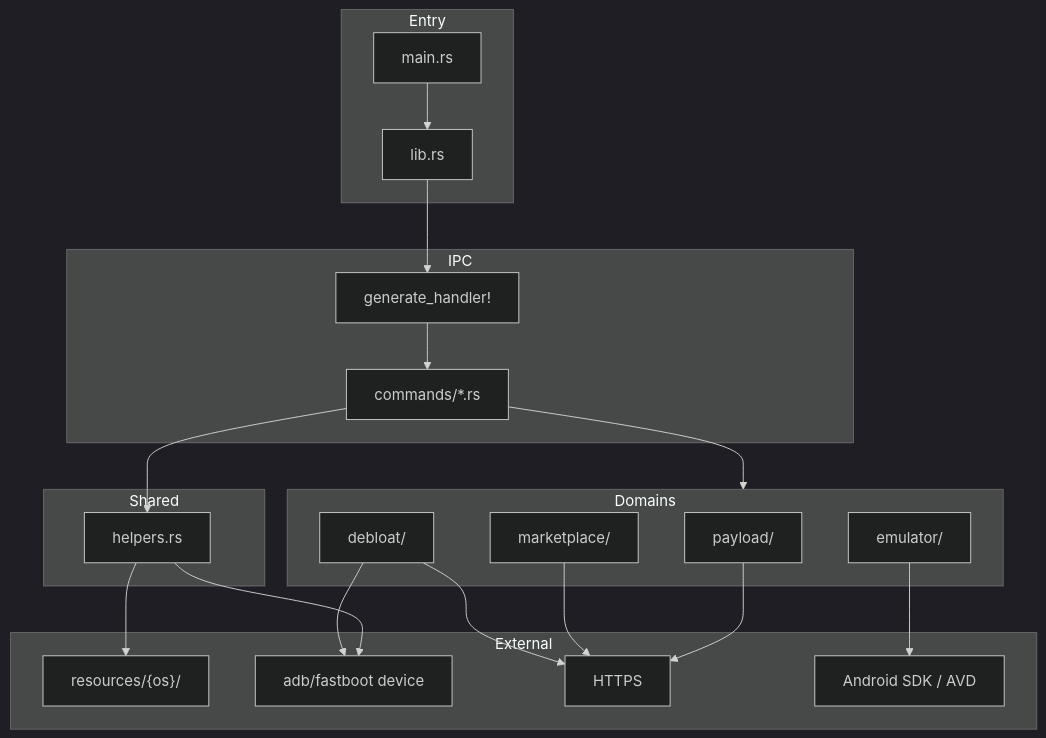
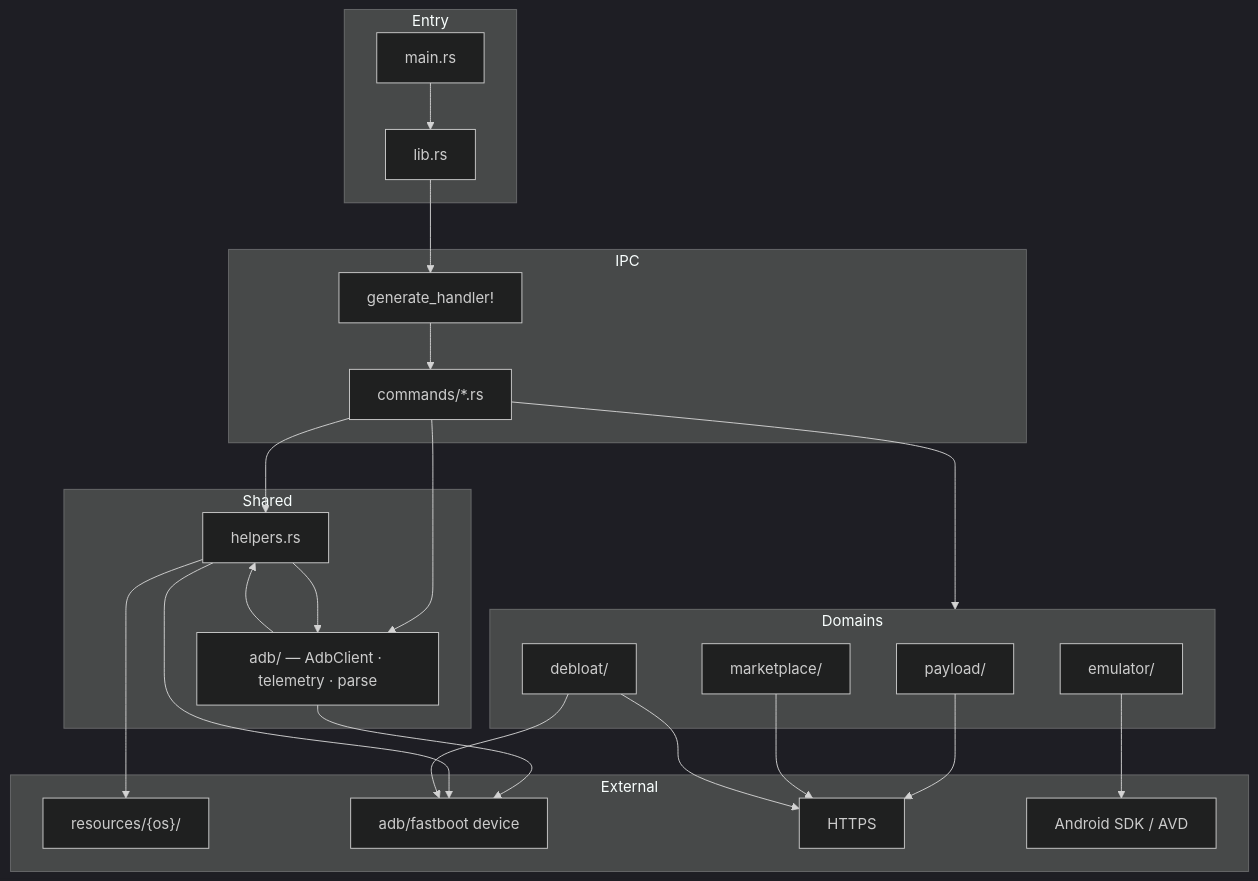
One commit to mohdakil2426/adb-gui-next changed the fifth of 8 diagrams in docs/architecture.md. Above: the diagram before and after it, drawn with Mermaid (dark theme). The commit also changed other lines of this file and 12 other files, not shown here.

First line of the commit message:
docs: record the v2 architecture, adaptivity model and dependency constraints

````diff
--- a/docs/architecture.md
+++ b/docs/architecture.md
@@ -442,43 +488,48 @@
 ```mermaid
 flowchart TB
   subgraph entry["Entry"]
     main["main.rs"]
     lib["lib.rs"]
     main --> lib
   end
 
   subgraph ipc["IPC"]
     handler["generate_handler!"]
     cmds["commands/*.rs"]
     handler --> cmds
   end
 
   subgraph shared["Shared"]
     helpers["helpers.rs"]
+    adbmod["adb/ — AdbClient · telemetry · parse"]
   end
 
   subgraph domains["Domains"]
     payload["payload/"]
     market["marketplace/"]
     emu["emulator/"]
     deb["debloat/"]
   end
 
   subgraph ext["External"]
     res["resources/{os}/"]
     device["adb/fastboot device"]
     net["HTTPS"]
     sdk["Android SDK / AVD"]
   end
 
   lib --> handler
   cmds --> helpers
+  cmds --> adbmod
   cmds --> domains
+  helpers --> adbmod
+  adbmod --> helpers
   helpers --> res
+  adbmod --> device
   helpers --> device
   payload --> net
   market --> net
   emu --> sdk
   deb --> device
   deb --> net
 ```
````
